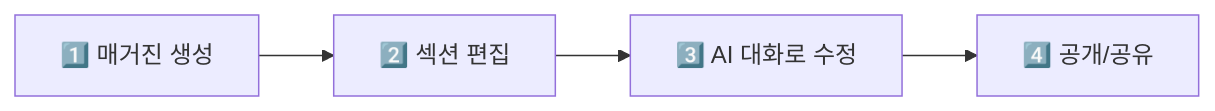
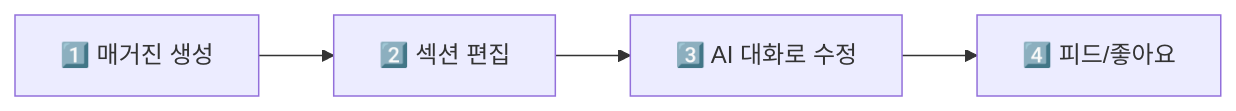
The diagram in docs/MAGAZINE_API_GUIDE.md (Jangjimin9766/Mine_server), drawn with Mermaid before and after one commit. The commit also changed other lines of this file and 29 other files, not shown here.

````diff
--- a/docs/MAGAZINE_API_GUIDE.md
+++ b/docs/MAGAZINE_API_GUIDE.md
@@ -9,6 +9,6 @@
 ```mermaid
 flowchart LR
     A["1️⃣ 매거진 생성"] --> B["2️⃣ 섹션 편집"]
     B --> C["3️⃣ AI 대화로 수정"]
-    C --> D["4️⃣ 공개/공유"]
+    C --> D["4️⃣ 피드/좋아요"]
 ```
````
